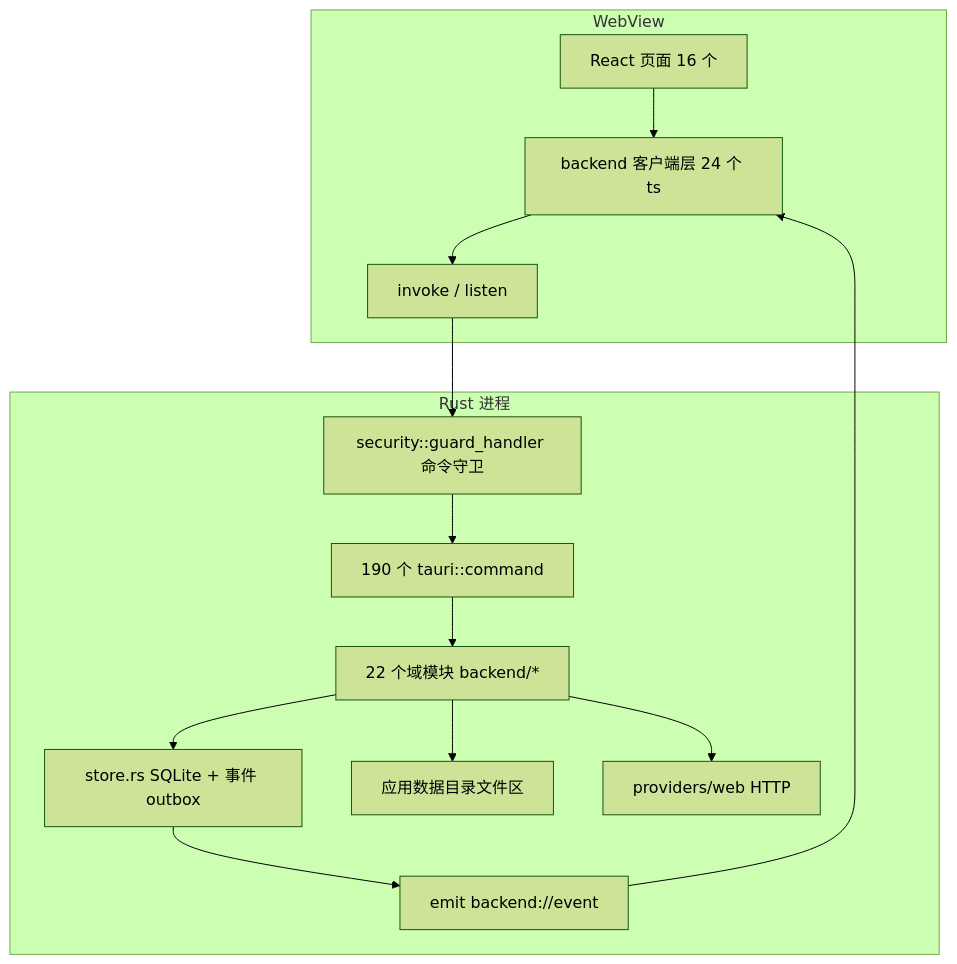
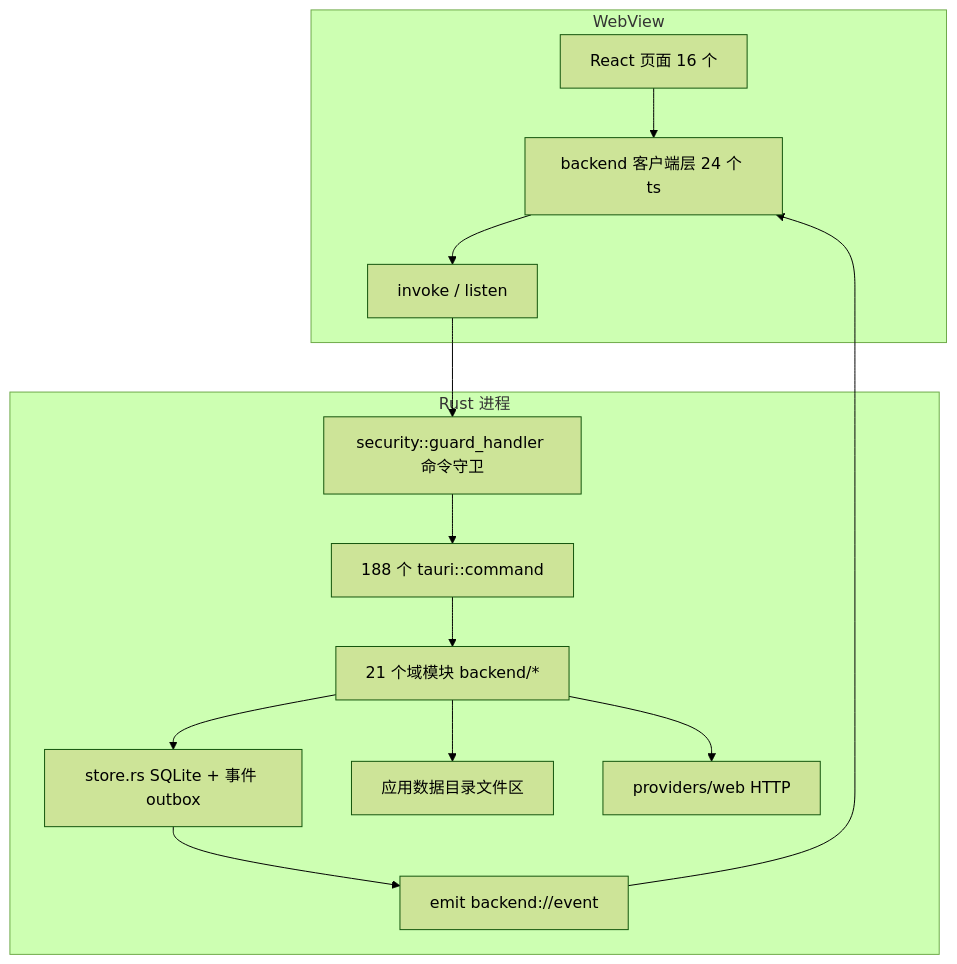
Before and after one commit to hershate/Deep-tutor: the first of 5 diagrams in docs/architecture/01-architecture.md, drawn with Mermaid (forest theme). The commit also changed other lines of this file and 26 other files, not shown here.

````diff
--- a/docs/architecture/01-architecture.md
+++ b/docs/architecture/01-architecture.md
@@ -9,17 +9,17 @@
 ```mermaid
 graph TD
     subgraph WebView
         P[React 页面 16 个] --> CL[backend 客户端层 24 个 ts]
         CL --> IP[invoke / listen]
     end
     subgraph Rust 进程
         IP --> GH[security::guard_handler 命令守卫]
-        GH --> CMD[190 个 tauri::command]
-        CMD --> DOM[22 个域模块 backend/*]
+        GH --> CMD[188 个 tauri::command]
+        CMD --> DOM[21 个域模块 backend/*]
         DOM --> ST[store.rs SQLite + 事件 outbox]
         DOM --> FS[应用数据目录文件区]
         DOM --> NET[providers/web HTTP]
         ST --> EMIT[emit backend://event]
     end
     EMIT --> CL
 ```
````
